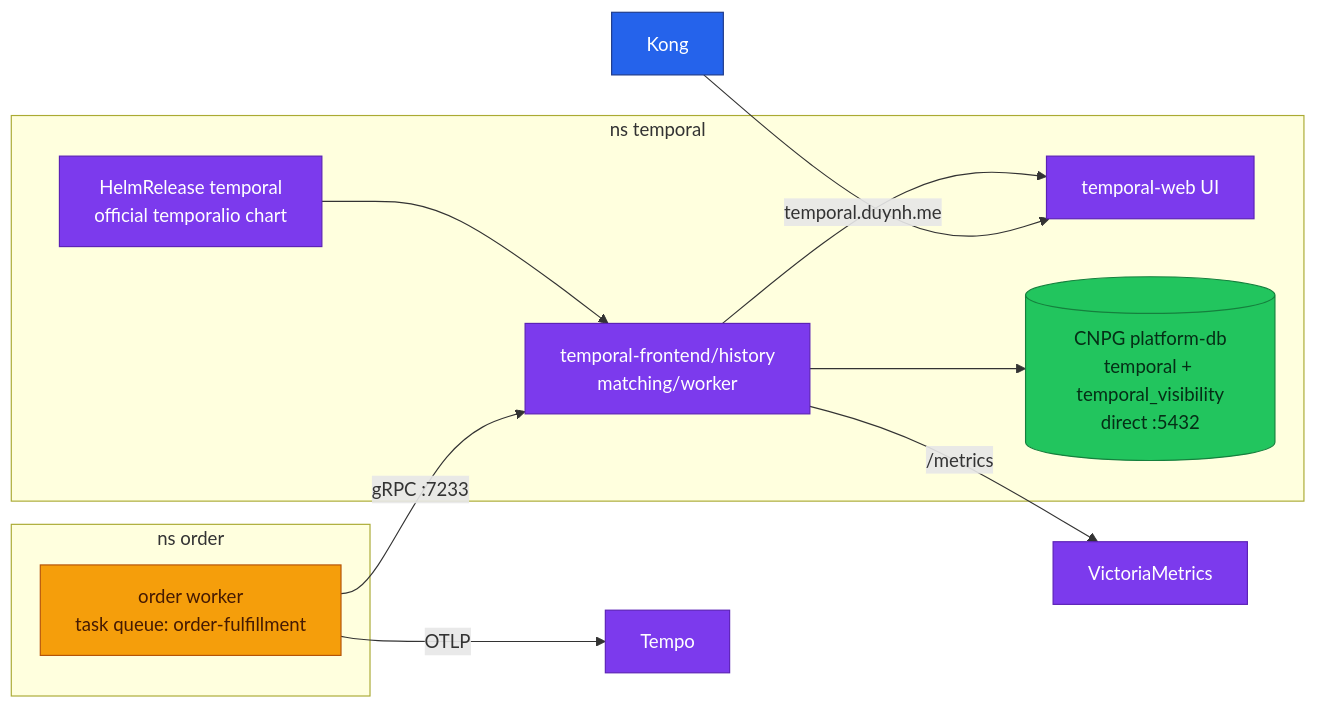
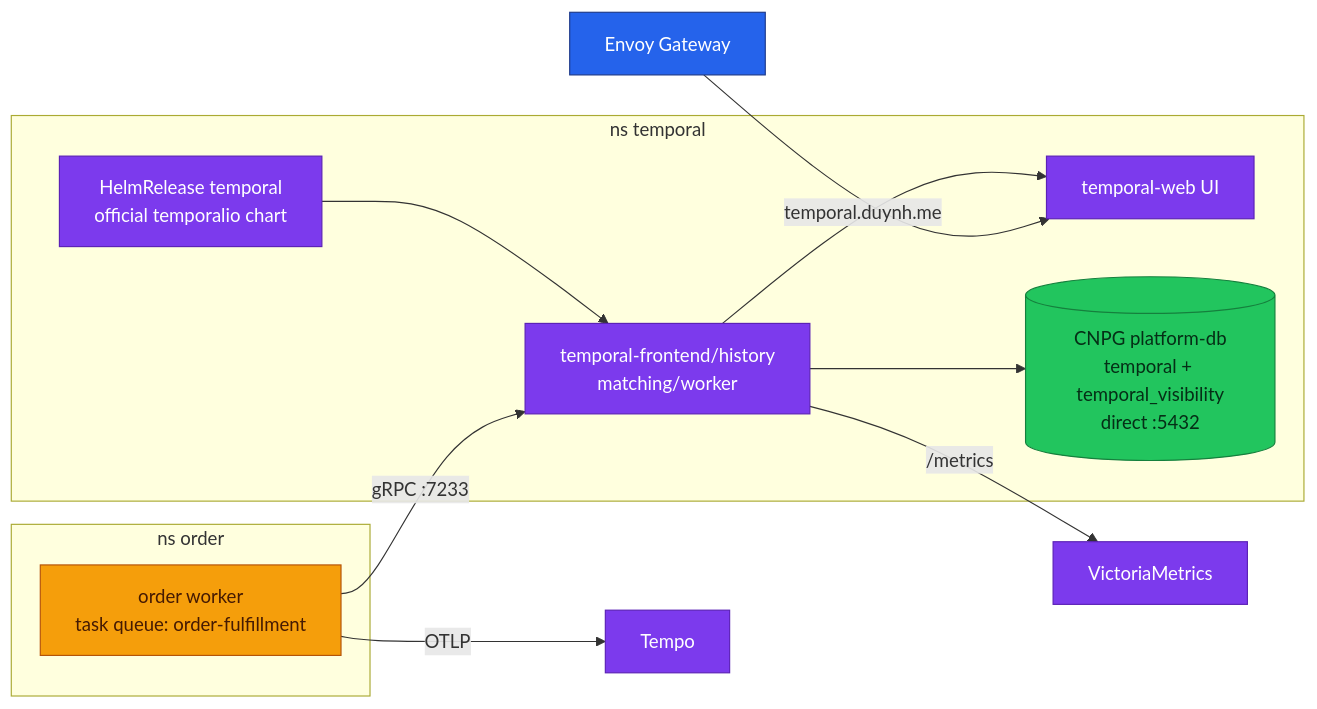
One commit to duynhlab/homelab changed diagram 18 of 18 in docs/api/temporal.md. Above: the diagram before and after it, drawn with Mermaid. The commit also changed other lines of this file and 28 other files, not shown here.

````diff
--- a/docs/api/temporal.md
+++ b/docs/api/temporal.md
@@ -991,28 +991,28 @@
 ```mermaid
 flowchart LR
     subgraph ns_temporal[ns temporal]
         HR[HelmRelease temporal<br/>official temporalio chart]
         TC[temporal-frontend/history<br/>matching/worker]
         UI[temporal-web UI]
         TDB[(CNPG platform-db<br/>temporal + temporal_visibility<br/>direct :5432)]
         HR --> TC
         TC --> TDB
         TC --> UI
     end
     subgraph ns_order[ns order]
         OW[order worker<br/>task queue: order-fulfillment]
     end
     OW -- gRPC :7233 --> TC
-    Kong[Kong] -- temporal.duynh.me --> UI
+    Edge[Envoy Gateway] -- temporal.duynh.me --> UI
     TC -- /metrics --> VM[VictoriaMetrics]
     OW -- OTLP --> Tempo
 
     classDef edge fill:#2563eb,color:#fff,stroke:#1e3a8a;
     classDef worker fill:#f59e0b,color:#451a03,stroke:#b45309;
     classDef platform fill:#7c3aed,color:#fff,stroke:#5b21b6;
     classDef data fill:#22c55e,color:#052e16,stroke:#15803d;
-    class Kong edge;
+    class Edge edge;
     class OW worker;
     class HR,TC,UI,VM,Tempo platform;
     class TDB data;
 ```
````
